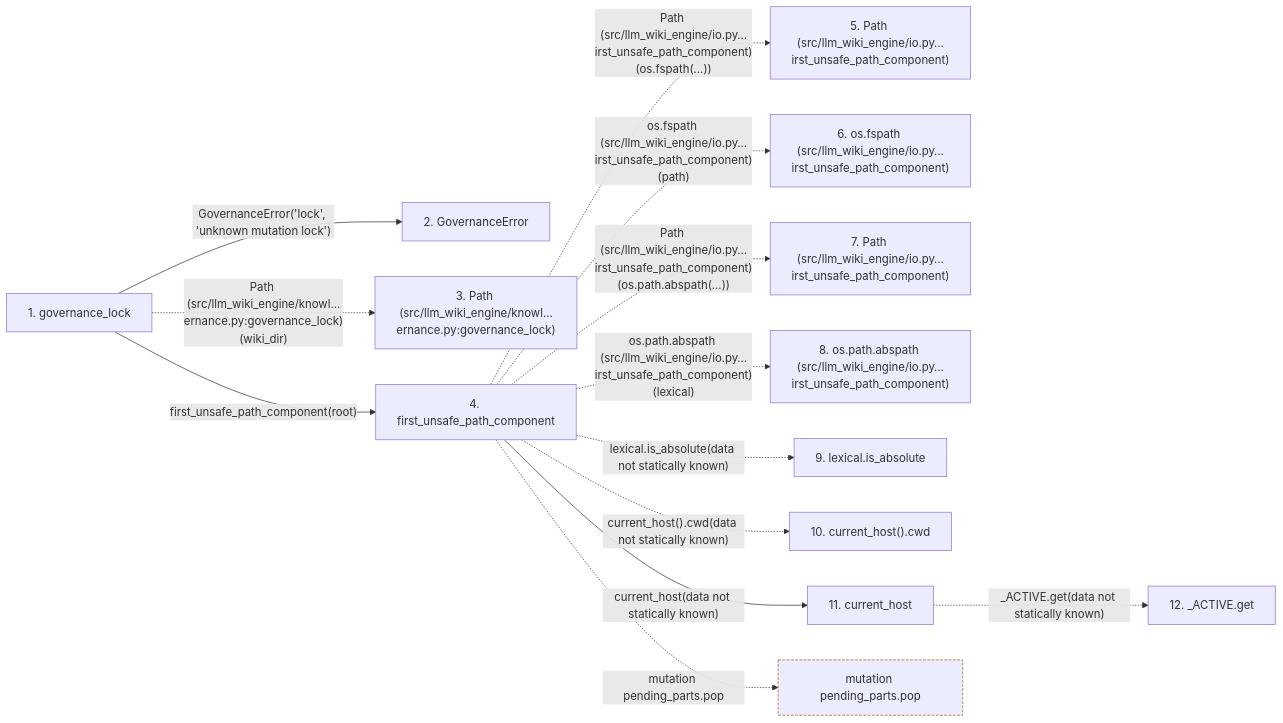
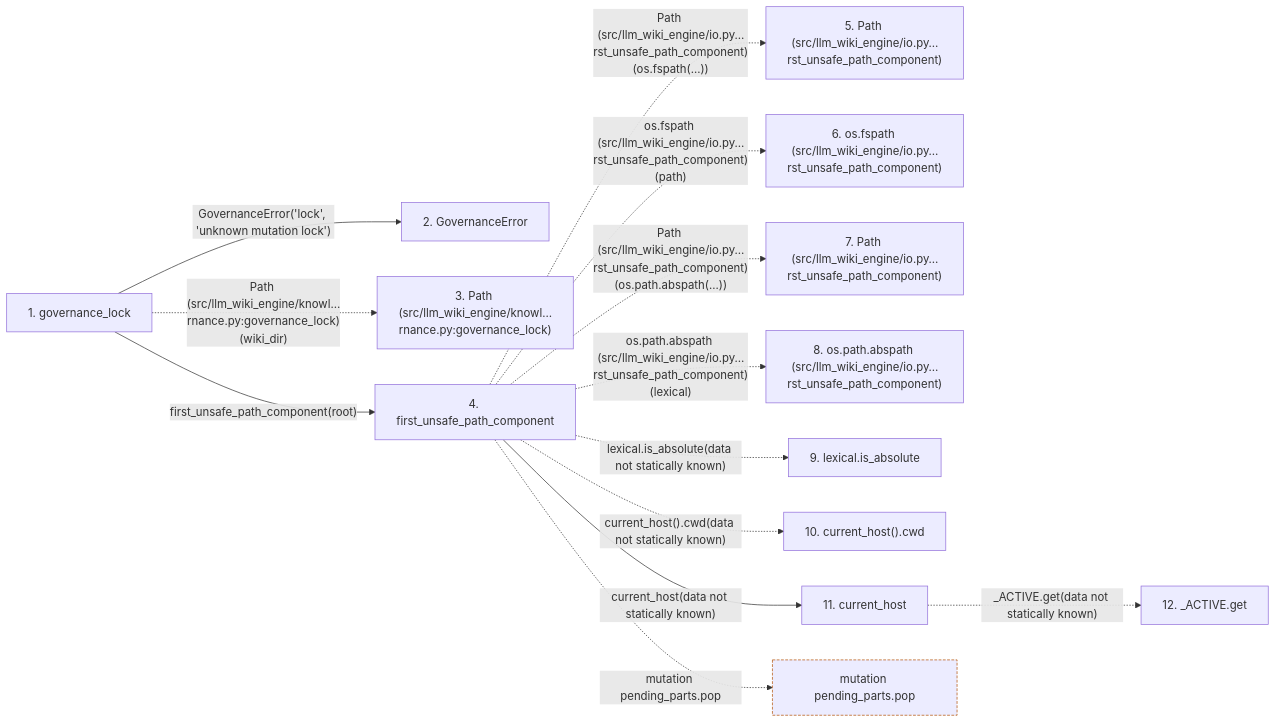
One commit to Denissvgn/python-wiki-llm changed the second of 2 diagrams in docs/llm_wiki/flows/api-governance_lock.md. Above: the diagram before and after it, drawn with Mermaid. The commit also changed other lines of this file and 580 other files, not shown here.

Commit message:
docs: refresh the repository wiki for the lock root and preview fixes

````diff
--- a/docs/llm_wiki/flows/api-governance_lock.md
+++ b/docs/llm_wiki/flows/api-governance_lock.md
@@ -121,34 +126,34 @@
 ```mermaid
 flowchart LR
     s1["1. governance_lock"]
     s2["2. GovernanceError"]
-    s3["3. Path (src/llm_wiki_engine/knowl…ernance.py:governance_lock)"]
+    s3["3. Path (src/llm_wiki_engine/knowl…rnance.py:governance_lock)"]
     s4["4. first_unsafe_path_component"]
-    s5["5. Path (src/llm_wiki_engine/io.py…irst_unsafe_path_component)"]
-    s6["6. os.fspath (src/llm_wiki_engine/io.py…irst_unsafe_path_component)"]
-    s7["7. Path (src/llm_wiki_engine/io.py…irst_unsafe_path_component)"]
-    s8["8. os.path.abspath (src/llm_wiki_engine/io.py…irst_unsafe_path_component)"]
+    s5["5. Path (src/llm_wiki_engine/io.py…rst_unsafe_path_component)"]
+    s6["6. os.fspath (src/llm_wiki_engine/io.py…rst_unsafe_path_component)"]
+    s7["7. Path (src/llm_wiki_engine/io.py…rst_unsafe_path_component)"]
+    s8["8. os.path.abspath (src/llm_wiki_engine/io.py…rst_unsafe_path_component)"]
     s9["9. lexical.is_absolute"]
     s10["10. current_host().cwd"]
     s11["11. current_host"]
     s12["12. _ACTIVE.get"]
     s1 -->|"GovernanceError('lock', 'unknown mutation lock')"| s2
-    s1 -. "Path (src/llm_wiki_engine/knowl…ernance.py:governance_lock)(wiki_dir)" .-> s3
+    s1 -. "Path (src/llm_wiki_engine/knowl…rnance.py:governance_lock)(wiki_dir)" .-> s3
     s1 -->|"first_unsafe_path_component(root)"| s4
-    s4 -. "Path (src/llm_wiki_engine/io.py…irst_unsafe_path_component)(os.fspath(...))" .-> s5
-    s4 -. "os.fspath (src/llm_wiki_engine/io.py…irst_unsafe_path_component)(path)" .-> s6
-    s4 -. "Path (src/llm_wiki_engine/io.py…irst_unsafe_path_component)(os.path.abspath(...))" .-> s7
-    s4 -. "os.path.abspath (src/llm_wiki_engine/io.py…irst_unsafe_path_component)(lexical)" .-> s8
+    s4 -. "Path (src/llm_wiki_engine/io.py…rst_unsafe_path_component)(os.fspath(...))" .-> s5
+    s4 -. "os.fspath (src/llm_wiki_engine/io.py…rst_unsafe_path_component)(path)" .-> s6
+    s4 -. "Path (src/llm_wiki_engine/io.py…rst_unsafe_path_component)(os.path.abspath(...))" .-> s7
+    s4 -. "os.path.abspath (src/llm_wiki_engine/io.py…rst_unsafe_path_component)(lexical)" .-> s8
     s4 -. "lexical.is_absolute(data not statically known)" .-> s9
     s4 -. "current_host().cwd(data not statically known)" .-> s10
     s4 -->|"current_host(data not statically known)"| s11
     s11 -. "_ACTIVE.get(data not statically known)" .-> s12
     b0["mutation pending_parts.pop"]
     s4 -. "mutation pending_parts.pop" .-> b0
     click s1 "../modules/knowledge_governance.md"
     click s2 "../modules/knowledge_governance.md"
     click s4 "../modules/io.md"
     click s11 "../modules/host.md"
     classDef boundary stroke:#b45309,stroke-dasharray: 4 2
     class b0 boundary
 ```
````
